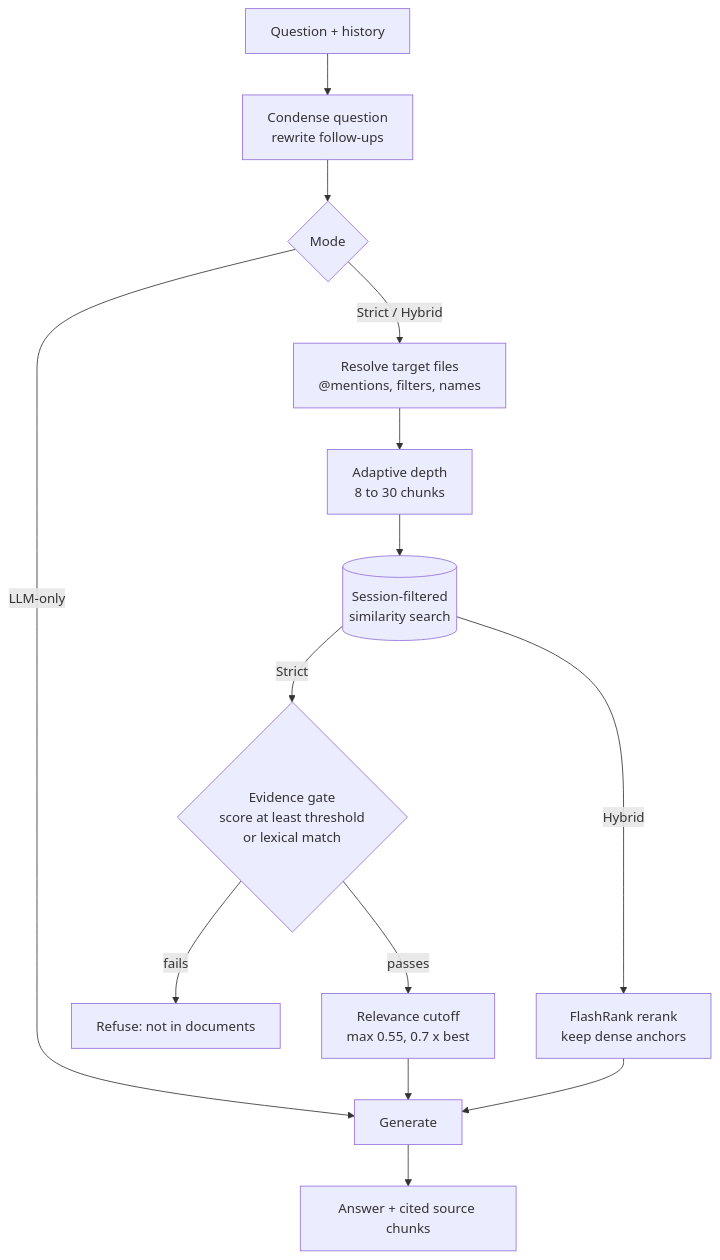
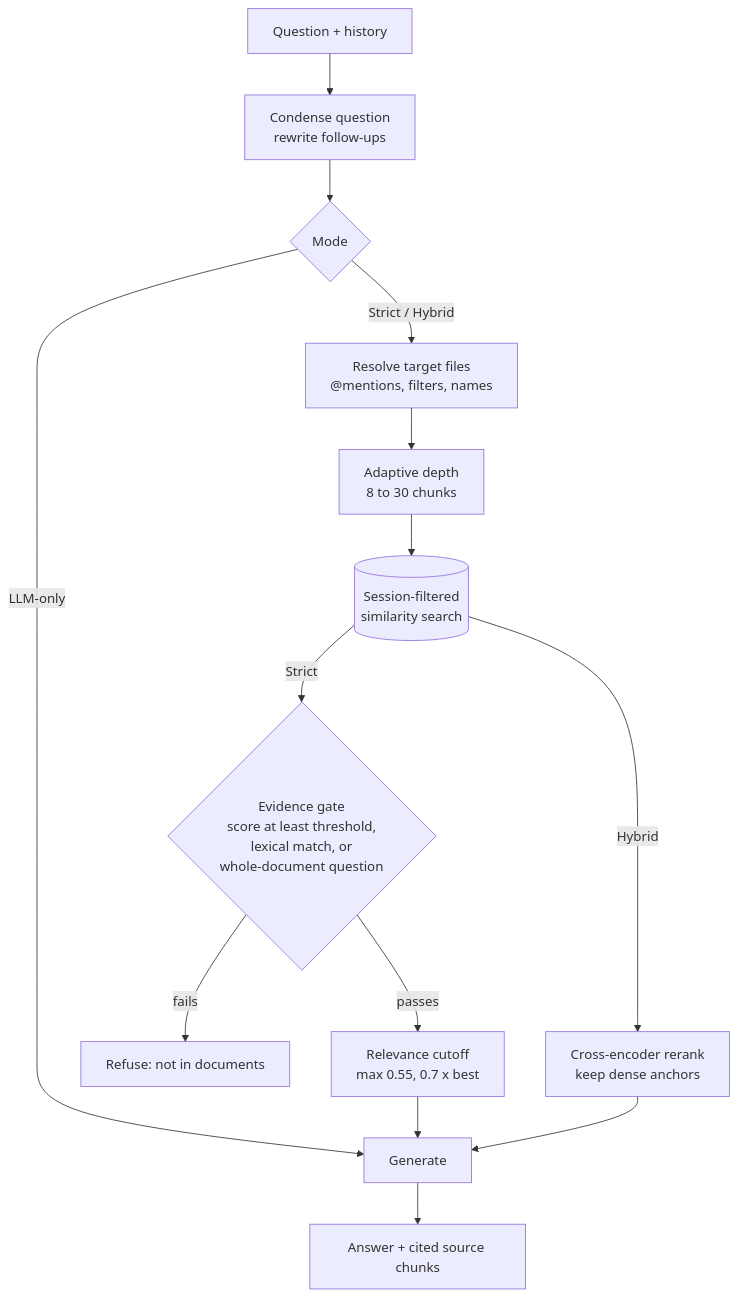
Before and after one commit to Pooria82/ParsRAG: the second of 2 diagrams in DATA.md, drawn with Mermaid. The commit also changed other lines of this file and 129 other files, not shown here.

````diff
--- a/DATA.md
+++ b/DATA.md
@@ -106,16 +124,16 @@
 ```mermaid
 flowchart TB
     Q[Question + history] --> CQ[Condense question<br>rewrite follow-ups]
     CQ --> M{Mode}
     M -->|LLM-only| G[Generate]
     M -->|Strict / Hybrid| F[Resolve target files<br>@mentions, filters, names]
     F --> D[Adaptive depth<br>8 to 30 chunks]
     D --> S[(Session-filtered<br>similarity search)]
-    S -->|Strict| T{Evidence gate<br>score at least threshold<br>or lexical match}
+    S -->|Strict| T{Evidence gate<br>score at least threshold,<br>lexical match, or<br>whole-document question}
     T -->|fails| N[Refuse: not in documents]
     T -->|passes| X[Relevance cutoff<br>max 0.55, 0.7 x best]
-    S -->|Hybrid| R[FlashRank rerank<br>keep dense anchors]
+    S -->|Hybrid| R[Cross-encoder rerank<br>keep dense anchors]
     X --> G
     R --> G
     G --> A[Answer + cited source chunks]
 ```
````
